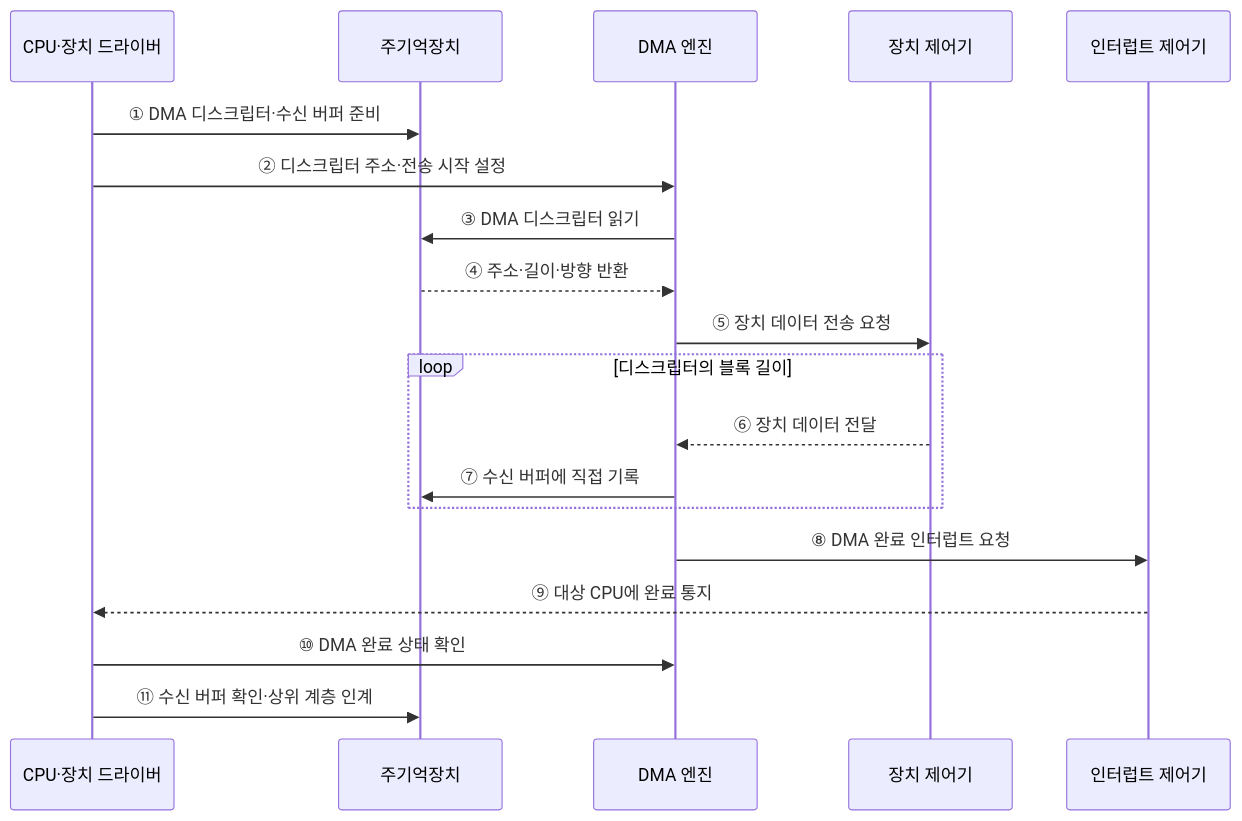
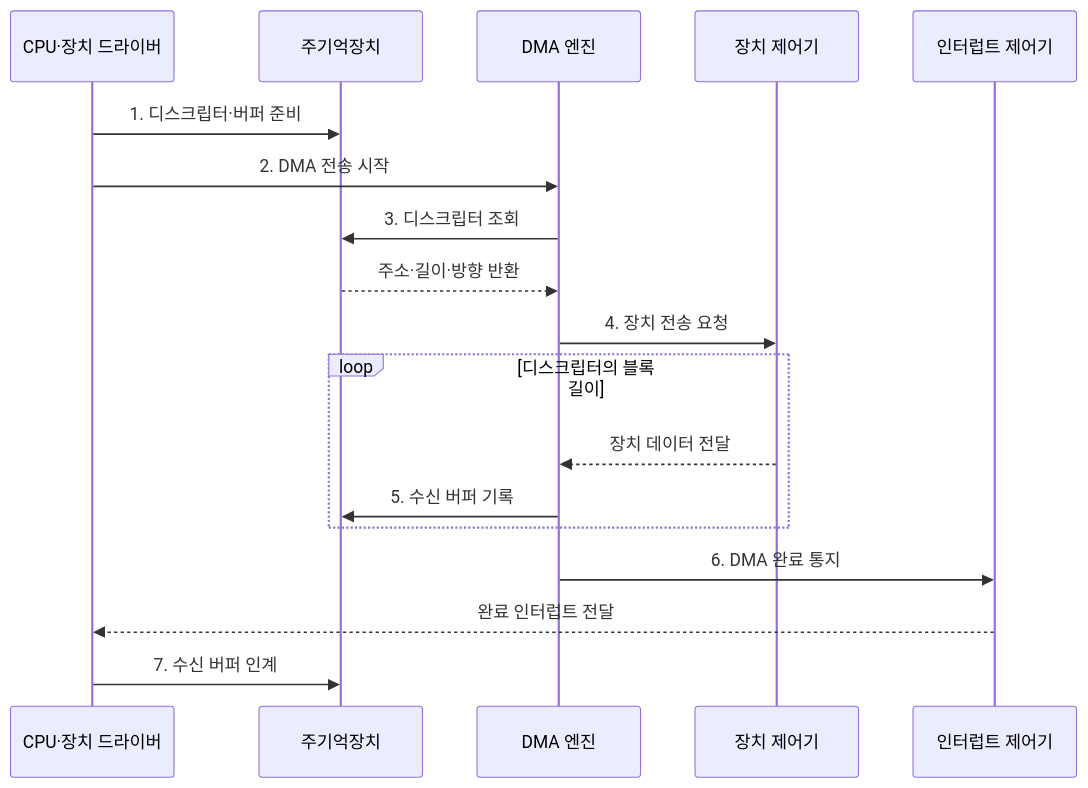
One commit to agnusdei1207/knowledge-base changed the second of 2 diagrams in src/content/docs/notes/02-hardware/033_io_interface.md. Above: the diagram before and after it, drawn with Mermaid. The commit also changed other lines of this file and 20 other files, not shown here.

````diff
--- a/src/content/docs/notes/02-hardware/033_io_interface.md
+++ b/src/content/docs/notes/02-hardware/033_io_interface.md
@@ -79,22 +88,21 @@
 ```mermaid
 sequenceDiagram
     participant C as CPU·장치 드라이버
     participant M as 주기억장치
     participant E as DMA 엔진
     participant D as 장치 제어기
     participant I as 인터럽트 제어기
 
-    C->>M: ① DMA 디스크립터·수신 버퍼 준비
-    C->>E: ② 디스크립터 주소·전송 시작 설정
-    E->>M: ③ DMA 디스크립터 읽기
-    M-->>E: ④ 주소·길이·방향 반환
-    E->>D: ⑤ 장치 데이터 전송 요청
+    C->>M: 1. 디스크립터·버퍼 준비
+    C->>E: 2. DMA 전송 시작
+    E->>M: 3. 디스크립터 조회
+    M-->>E: 주소·길이·방향 반환
+    E->>D: 4. 장치 전송 요청
     loop 디스크립터의 블록 길이
-        D-->>E: ⑥ 장치 데이터 전달
-        E->>M: ⑦ 수신 버퍼에 직접 기록
+        D-->>E: 장치 데이터 전달
+        E->>M: 5. 수신 버퍼 기록
     end
-    E->>I: ⑧ DMA 완료 인터럽트 요청
-    I-->>C: ⑨ 대상 CPU에 완료 통지
-    C->>E: ⑩ DMA 완료 상태 확인
-    C->>M: ⑪ 수신 버퍼 확인·상위 계층 인계
+    E->>I: 6. DMA 완료 통지
+    I-->>C: 완료 인터럽트 전달
+    C->>M: 7. 수신 버퍼 인계
 ```
````
